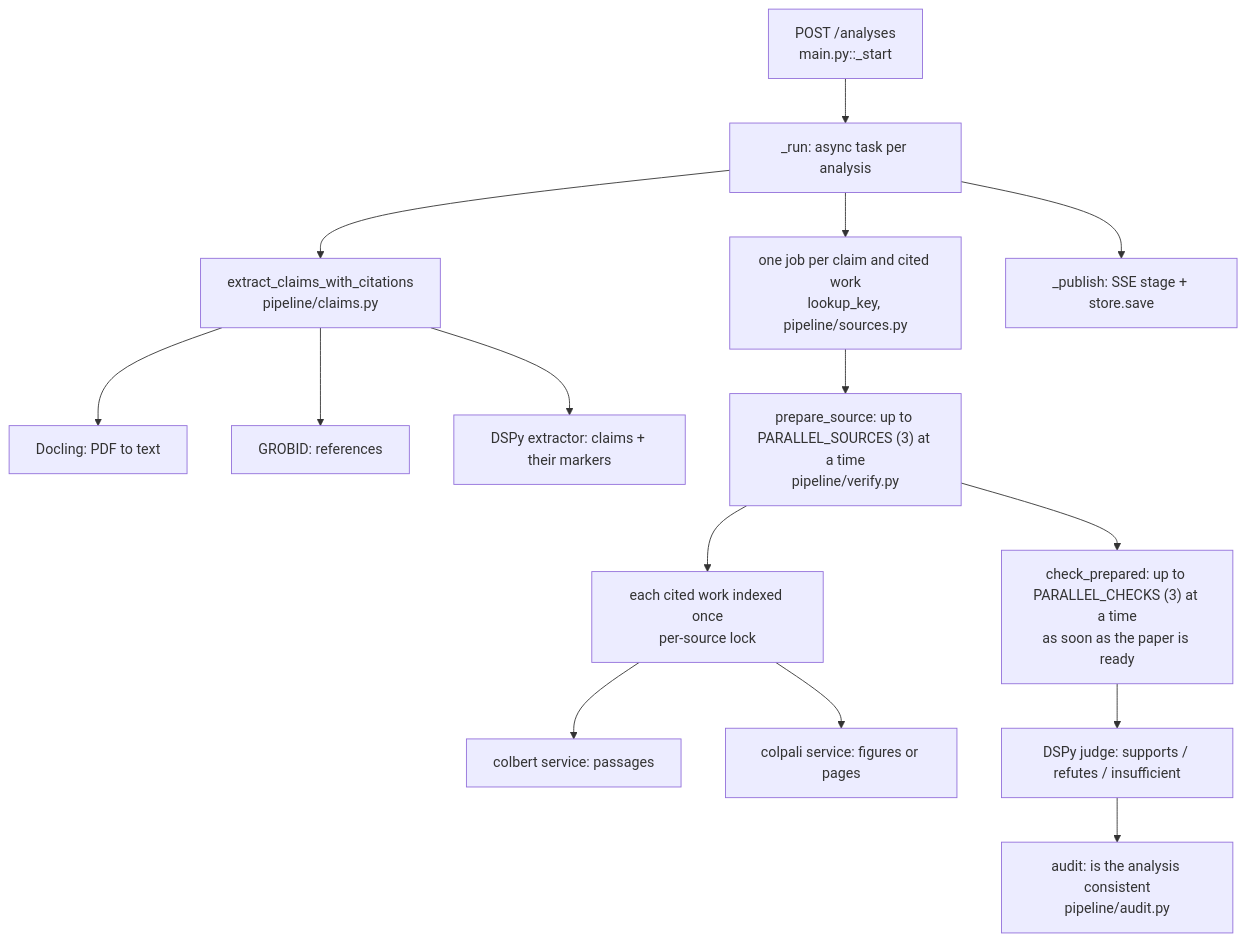
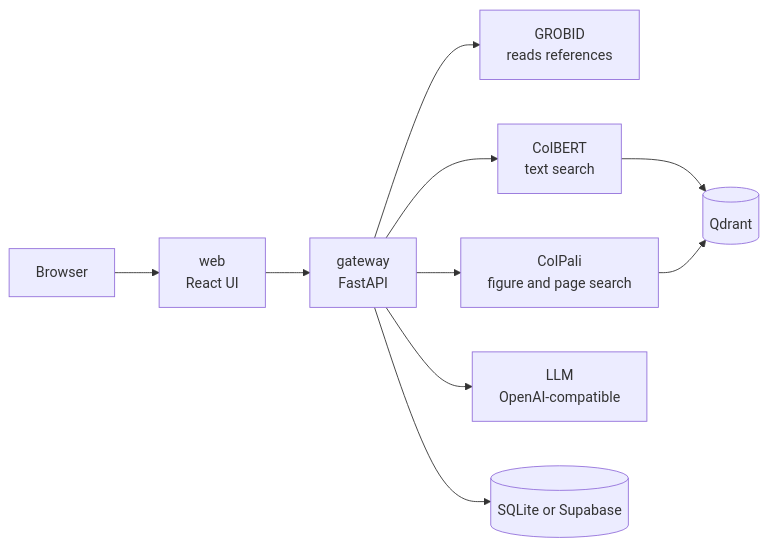
Before and after one commit to ZenithGeeks/SecretSource-prototype: the first of 4 diagrams in ARCHITECTURE.md, drawn with Mermaid. The commit also changed other lines of this file and 1 other file, not shown here.

First line of the commit message:
docs(SCRUM-169): rewrite the architecture notes and README in simple English

````diff
--- a/ARCHITECTURE.md
+++ b/ARCHITECTURE.md
@@ -29,17 +8,12 @@
 ```mermaid
-flowchart TD
-    POST["POST /analyses<br/>main.py::_start"] --> RUN["_run: async task per analysis"]
-    RUN --> EXTRACT["extract_claims_with_citations<br/>pipeline/claims.py"]
-    EXTRACT --> DOCLING["Docling: PDF to text"]
-    EXTRACT --> GROBID["GROBID: references"]
-    EXTRACT --> DSPY1["DSPy extractor: claims + their markers"]
-    RUN --> JOBS["one job per claim and cited work<br/>lookup_key, pipeline/sources.py"]
-    JOBS --> PREPARE["prepare_source: up to PARALLEL_SOURCES (3) at a time<br/>pipeline/verify.py"]
-    PREPARE --> INDEX["each cited work indexed once<br/>per-source lock"]
-    INDEX --> COLBERT["colbert service: passages"]
-    INDEX --> COLPALI["colpali service: figures or pages"]
-    PREPARE --> CHECK["check_prepared: up to PARALLEL_CHECKS (3) at a time<br/>as soon as the paper is ready"]
-    CHECK --> JUDGE["DSPy judge: supports / refutes / insufficient"]
-    JUDGE --> AUDIT["audit: is the analysis consistent<br/>pipeline/audit.py"]
-    RUN --> PUBLISH["_publish: SSE stage + store.save"]
+flowchart LR
+    B["Browser"] --> W["web<br/>React UI"]
+    W --> G["gateway<br/>FastAPI"]
+    G --> GR["GROBID<br/>reads references"]
+    G --> CB["ColBERT<br/>text search"]
+    G --> CP["ColPali<br/>figure and page search"]
+    G --> L["LLM<br/>OpenAI-compatible"]
+    CB --> Q[("Qdrant")]
+    CP --> Q
+    G --> S[("SQLite or Supabase")]
 ```
````
